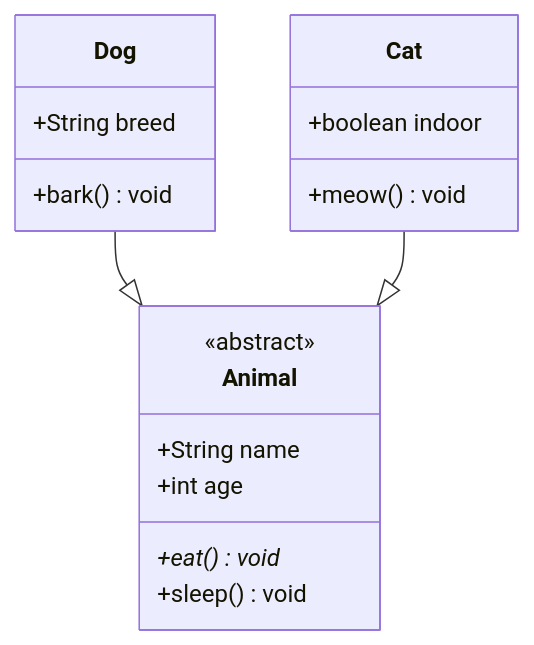
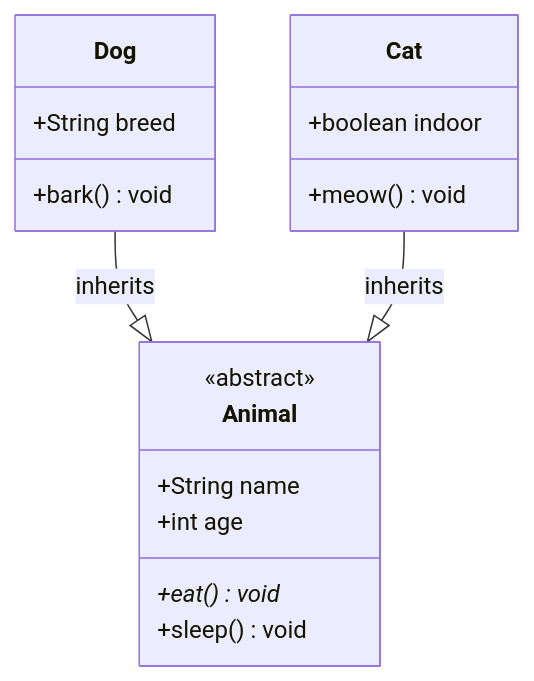
Before and after one commit to chyax98/Diagflow: the first of 3 diagrams in src/lib/syntax-md/mermaid/class.md, drawn with Mermaid. The commit also changed other lines of this file and 115 other files, not shown here.

````diff
--- a/src/lib/syntax-md/mermaid/class.md
+++ b/src/lib/syntax-md/mermaid/class.md
@@ -135,20 +142,20 @@
 ```mermaid
 classDiagram
     class Animal {
         <<abstract>>
         +String name
         +int age
         +eat() void*
         +sleep() void
     }
     class Dog {
         +String breed
         +bark() void
     }
     class Cat {
         +boolean indoor
         +meow() void
     }
-    Dog --|> Animal
-    Cat --|> Animal
+    Dog --|> Animal : inherits
+    Cat --|> Animal : inherits
 ```
````
